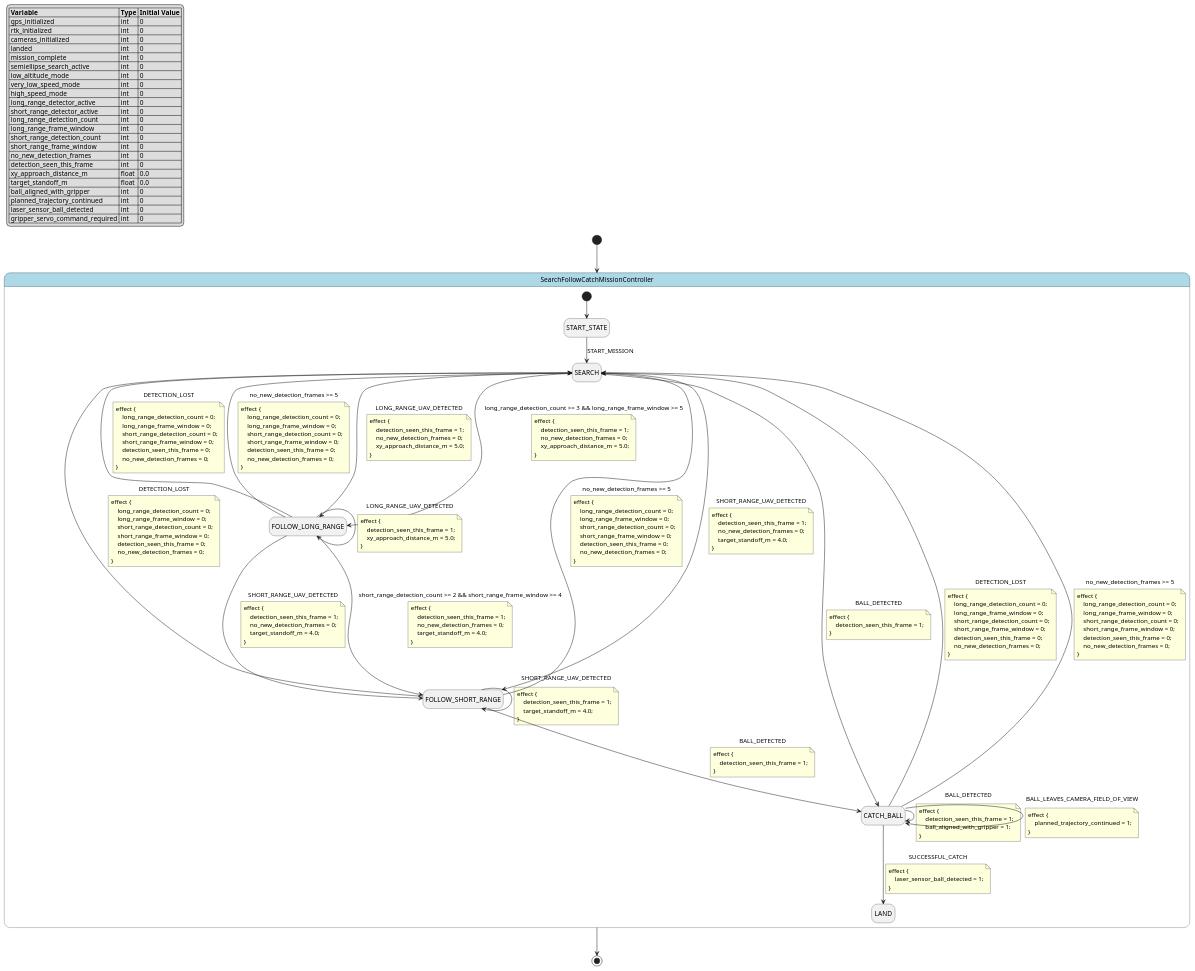
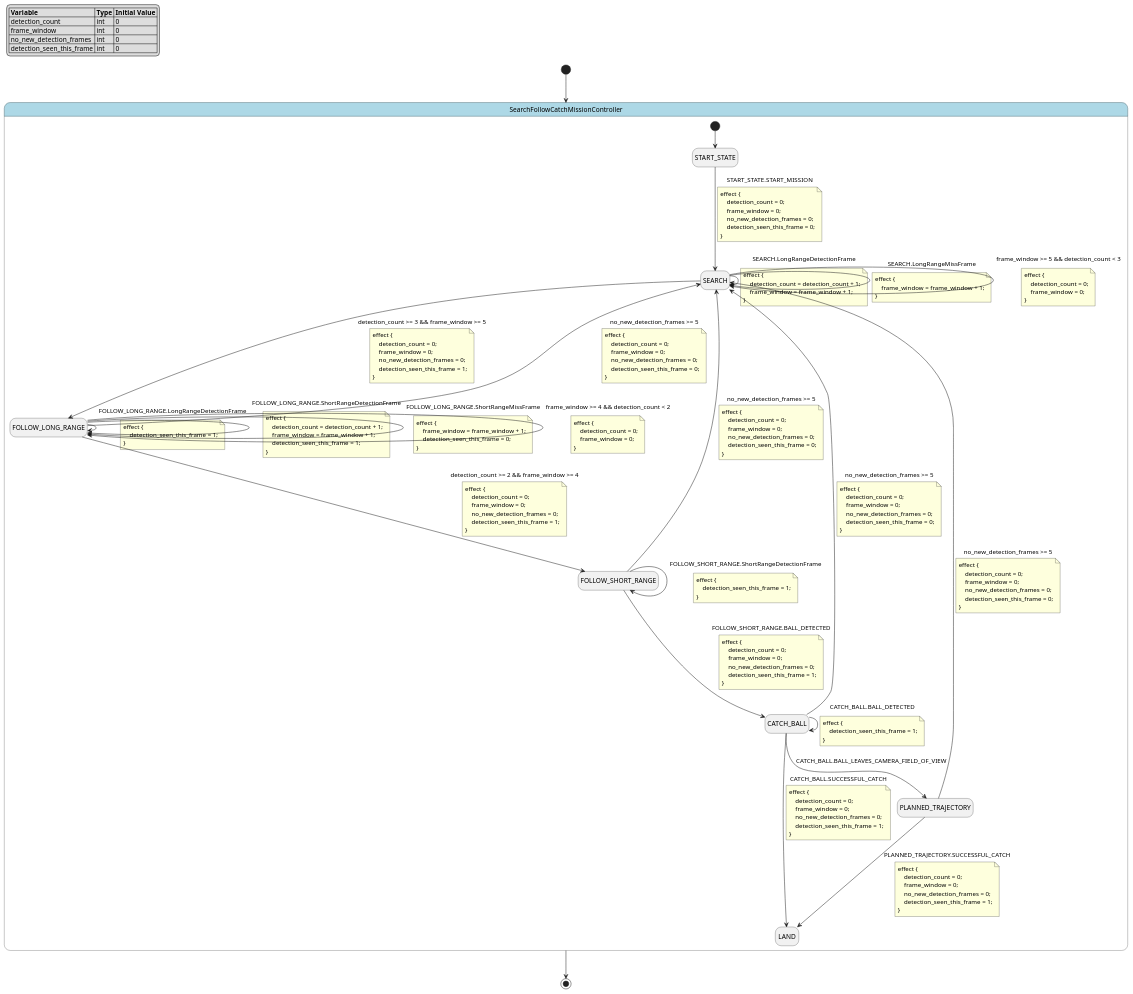
The diagram in project_1_llm_state_machine_modeling/eval/data/path2_selection/ref_stms/diagrams/097.puml (HansBug/research_ideas), drawn with PlantUML before and after one commit. The commit also changed 138 other files, not shown here.

```diff
--- a/project_1_llm_state_machine_modeling/eval/data/path2_selection/ref_stms/diagrams/097.puml
+++ b/project_1_llm_state_machine_modeling/eval/data/path2_selection/ref_stms/diagrams/097.puml
@@ -10,29 +10,10 @@
 
 legend top left
 |= Variable |= Type |= Initial Value |
-| gps_initialized | int | 0 |
-| rtk_initialized | int | 0 |
-| cameras_initialized | int | 0 |
-| landed | int | 0 |
-| mission_complete | int | 0 |
-| semiellipse_search_active | int | 0 |
-| low_altitude_mode | int | 0 |
-| very_low_speed_mode | int | 0 |
-| high_speed_mode | int | 0 |
-| long_range_detector_active | int | 0 |
-| short_range_detector_active | int | 0 |
-| long_range_detection_count | int | 0 |
-| long_range_frame_window | int | 0 |
-| short_range_detection_count | int | 0 |
-| short_range_frame_window | int | 0 |
+| detection_count | int | 0 |
+| frame_window | int | 0 |
 | no_new_detection_frames | int | 0 |
 | detection_seen_this_frame | int | 0 |
-| xy_approach_distance_m | float | 0.0 |
-| target_standoff_m | float | 0.0 |
-| ball_aligned_with_gripper | int | 0 |
-| planned_trajectory_continued | int | 0 |
-| laser_sensor_ball_detected | int | 0 |
-| gripper_servo_command_required | int | 0 |
 endlegend
 
 state "SearchFollowCatchMissionController" as search_follow_catch_mission_controller <<composite>> {
@@ -41,158 +22,158 @@
     state "FOLLOW_LONG_RANGE" as search_follow_catch_mission_controller__follow_long_range
     state "FOLLOW_SHORT_RANGE" as search_follow_catch_mission_controller__follow_short_range
     state "CATCH_BALL" as search_follow_catch_mission_controller__catch_ball
+    state "PLANNED_TRAJECTORY" as search_follow_catch_mission_controller__planned_trajectory
     state "LAND" as search_follow_catch_mission_controller__land
     [*] --> search_follow_catch_mission_controller__start_state
-    search_follow_catch_mission_controller__start_state --> search_follow_catch_mission_controller__search : START_MISSION
-    search_follow_catch_mission_controller__search --> search_follow_catch_mission_controller__follow_long_range : LONG_RANGE_UAV_DETECTED
+    search_follow_catch_mission_controller__start_state --> search_follow_catch_mission_controller__search : START_STATE.START_MISSION
     note on link
     effect {
-        detection_seen_this_frame = 1;
+        detection_count = 0;
+        frame_window = 0;
         no_new_detection_frames = 0;
-        xy_approach_distance_m = 5.0;
+        detection_seen_this_frame = 0;
     }
     end note
-    search_follow_catch_mission_controller__search --> search_follow_catch_mission_controller__follow_long_range : long_range_detection_count >= 3 && long_range_frame_window >= 5
+    search_follow_catch_mission_controller__search --> search_follow_catch_mission_controller__search : SEARCH.LongRangeDetectionFrame
     note on link
     effect {
-        detection_seen_this_frame = 1;
-        no_new_detection_frames = 0;
-        xy_approach_distance_m = 5.0;
+        detection_count = detection_count + 1;
+        frame_window = frame_window + 1;
     }
     end note
-    search_follow_catch_mission_controller__follow_long_range --> search_follow_catch_mission_controller__follow_long_range : LONG_RANGE_UAV_DETECTED
+    search_follow_catch_mission_controller__search --> search_follow_catch_mission_controller__search : SEARCH.LongRangeMissFrame
     note on link
     effect {
-        detection_seen_this_frame = 1;
-        xy_approach_distance_m = 5.0;
+        frame_window = frame_window + 1;
     }
     end note
-    search_follow_catch_mission_controller__search --> search_follow_catch_mission_controller__follow_short_range : SHORT_RANGE_UAV_DETECTED
+    search_follow_catch_mission_controller__search --> search_follow_catch_mission_controller__follow_long_range : detection_count >= 3 && frame_window >= 5
     note on link
     effect {
+        detection_count = 0;
+        frame_window = 0;
+        no_new_detection_frames = 0;
         detection_seen_this_frame = 1;
-        no_new_detection_frames = 0;
-        target_standoff_m = 4.0;
     }
     end note
-    search_follow_catch_mission_controller__follow_long_range --> search_follow_catch_mission_controller__follow_short_range : SHORT_RANGE_UAV_DETECTED
+    search_follow_catch_mission_controller__search --> search_follow_catch_mission_controller__search : frame_window >= 5 && detection_count < 3
     note on link
     effect {
-        detection_seen_this_frame = 1;
-        no_new_detection_frames = 0;
-        target_standoff_m = 4.0;
+        detection_count = 0;
+        frame_window = 0;
     }
     end note
-    search_follow_catch_mission_controller__follow_long_range --> search_follow_catch_mission_controller__follow_short_range : short_range_detection_count >= 2 && short_range_frame_window >= 4
-    note on link
-    effect {
-        detection_seen_this_frame = 1;
-        no_new_detection_frames = 0;
-        target_standoff_m = 4.0;
-    }
-    end note
-    search_follow_catch_mission_controller__follow_short_range --> search_follow_catch_mission_controller__follow_short_range : SHORT_RANGE_UAV_DETECTED
-    note on link
-    effect {
-        detection_seen_this_frame = 1;
-        target_standoff_m = 4.0;
-    }
-    end note
-    search_follow_catch_mission_controller__search --> search_follow_catch_mission_controller__catch_ball : BALL_DETECTED
+    search_follow_catch_mission_controller__follow_long_range --> search_follow_catch_mission_controller__follow_long_range : FOLLOW_LONG_RANGE.LongRangeDetectionFrame
     note on link
     effect {
         detection_seen_this_frame = 1;
     }
     end note
-    search_follow_catch_mission_controller__follow_short_range --> search_follow_catch_mission_controller__catch_ball : BALL_DETECTED
+    search_follow_catch_mission_controller__follow_long_range --> search_follow_catch_mission_controller__follow_long_range : FOLLOW_LONG_RANGE.ShortRangeDetectionFrame
+    note on link
+    effect {
+        detection_count = detection_count + 1;
+        frame_window = frame_window + 1;
+        detection_seen_this_frame = 1;
+    }
+    end note
+    search_follow_catch_mission_controller__follow_long_range --> search_follow_catch_mission_controller__follow_long_range : FOLLOW_LONG_RANGE.ShortRangeMissFrame
+    note on link
+    effect {
+        frame_window = frame_window + 1;
+        detection_seen_this_frame = 0;
+    }
+    end note
+    search_follow_catch_mission_controller__follow_long_range --> search_follow_catch_mission_controller__follow_short_range : detection_count >= 2 && frame_window >= 4
+    note on link
+    effect {
+        detection_count = 0;
+        frame_window = 0;
+        no_new_detection_frames = 0;
+        detection_seen_this_frame = 1;
+    }
+    end note
+    search_follow_catch_mission_controller__follow_long_range --> search_follow_catch_mission_controller__search : no_new_detection_frames >= 5
+    note on link
+    effect {
+        detection_count = 0;
+        frame_window = 0;
+        no_new_detection_frames = 0;
+        detection_seen_this_frame = 0;
+    }
+    end note
+    search_follow_catch_mission_controller__follow_long_range --> search_follow_catch_mission_controller__follow_long_range : frame_window >= 4 && detection_count < 2
+    note on link
+    effect {
+        detection_count = 0;
+        frame_window = 0;
+    }
+    end note
+    search_follow_catch_mission_controller__follow_short_range --> search_follow_catch_mission_controller__catch_ball : FOLLOW_SHORT_RANGE.BALL_DETECTED
+    note on link
+    effect {
+        detection_count = 0;
+        frame_window = 0;
+        no_new_detection_frames = 0;
+        detection_seen_this_frame = 1;
+    }
+    end note
+    search_follow_catch_mission_controller__follow_short_range --> search_follow_catch_mission_controller__follow_short_range : FOLLOW_SHORT_RANGE.ShortRangeDetectionFrame
     note on link
     effect {
         detection_seen_this_frame = 1;
     }
     end note
-    search_follow_catch_mission_controller__catch_ball --> search_follow_catch_mission_controller__catch_ball : BALL_DETECTED
+    search_follow_catch_mission_controller__follow_short_range --> search_follow_catch_mission_controller__search : no_new_detection_frames >= 5
+    note on link
+    effect {
+        detection_count = 0;
+        frame_window = 0;
+        no_new_detection_frames = 0;
+        detection_seen_this_frame = 0;
+    }
+    end note
+    search_follow_catch_mission_controller__catch_ball --> search_follow_catch_mission_controller__land : CATCH_BALL.SUCCESSFUL_CATCH
+    note on link
+    effect {
+        detection_count = 0;
+        frame_window = 0;
+        no_new_detection_frames = 0;
+        detection_seen_this_frame = 1;
+    }
+    end note
+    search_follow_catch_mission_controller__catch_ball --> search_follow_catch_mission_controller__catch_ball : CATCH_BALL.BALL_DETECTED
     note on link
     effect {
         detection_seen_this_frame = 1;
-        ball_aligned_with_gripper = 1;
     }
     end note
-    search_follow_catch_mission_controller__catch_ball --> search_follow_catch_mission_controller__catch_ball : BALL_LEAVES_CAMERA_FIELD_OF_VIEW
-    note on link
-    effect {
-        planned_trajectory_continued = 1;
-    }
-    end note
-    search_follow_catch_mission_controller__follow_long_range --> search_follow_catch_mission_controller__search : DETECTION_LOST
-    note on link
-    effect {
-        long_range_detection_count = 0;
-        long_range_frame_window = 0;
-        short_range_detection_count = 0;
-        short_range_frame_window = 0;
-        detection_seen_this_frame = 0;
-        no_new_detection_frames = 0;
-    }
-    end note
-    search_follow_catch_mission_controller__follow_long_range --> search_follow_catch_mission_controller__search : no_new_detection_frames >= 5
-    note on link
-    effect {
-        long_range_detection_count = 0;
-        long_range_frame_window = 0;
-        short_range_detection_count = 0;
-        short_range_frame_window = 0;
-        detection_seen_this_frame = 0;
-        no_new_detection_frames = 0;
-    }
-    end note
-    search_follow_catch_mission_controller__follow_short_range --> search_follow_catch_mission_controller__search : DETECTION_LOST
-    note on link
-    effect {
-        long_range_detection_count = 0;
-        long_range_frame_window = 0;
-        short_range_detection_count = 0;
-        short_range_frame_window = 0;
-        detection_seen_this_frame = 0;
-        no_new_detection_frames = 0;
-    }
-    end note
-    search_follow_catch_mission_controller__follow_short_range --> search_follow_catch_mission_controller__search : no_new_detection_frames >= 5
-    note on link
-    effect {
-        long_range_detection_count = 0;
-        long_range_frame_window = 0;
-        short_range_detection_count = 0;
-        short_range_frame_window = 0;
-        detection_seen_this_frame = 0;
-        no_new_detection_frames = 0;
-    }
-    end note
-    search_follow_catch_mission_controller__catch_ball --> search_follow_catch_mission_controller__search : DETECTION_LOST
-    note on link
-    effect {
-        long_range_detection_count = 0;
-        long_range_frame_window = 0;
-        short_range_detection_count = 0;
-        short_range_frame_window = 0;
-        detection_seen_this_frame = 0;
-        no_new_detection_frames = 0;
-    }
-    end note
+    search_follow_catch_mission_controller__catch_ball --> search_follow_catch_mission_controller__planned_trajectory : CATCH_BALL.BALL_LEAVES_CAMERA_FIELD_OF_VIEW
     search_follow_catch_mission_controller__catch_ball --> search_follow_catch_mission_controller__search : no_new_detection_frames >= 5
     note on link
     effect {
-        long_range_detection_count = 0;
-        long_range_frame_window = 0;
-        short_range_detection_count = 0;
-        short_range_frame_window = 0;
+        detection_count = 0;
+        frame_window = 0;
+        no_new_detection_frames = 0;
         detection_seen_this_frame = 0;
-        no_new_detection_frames = 0;
     }
     end note
-    search_follow_catch_mission_controller__catch_ball --> search_follow_catch_mission_controller__land : SUCCESSFUL_CATCH
+    search_follow_catch_mission_controller__planned_trajectory --> search_follow_catch_mission_controller__land : PLANNED_TRAJECTORY.SUCCESSFUL_CATCH
     note on link
     effect {
-        laser_sensor_ball_detected = 1;
+        detection_count = 0;
+        frame_window = 0;
+        no_new_detection_frames = 0;
+        detection_seen_this_frame = 1;
+    }
+    end note
+    search_follow_catch_mission_controller__planned_trajectory --> search_follow_catch_mission_controller__search : no_new_detection_frames >= 5
+    note on link
+    effect {
+        detection_count = 0;
+        frame_window = 0;
+        no_new_detection_frames = 0;
+        detection_seen_this_frame = 0;
     }
     end note
 }
```
